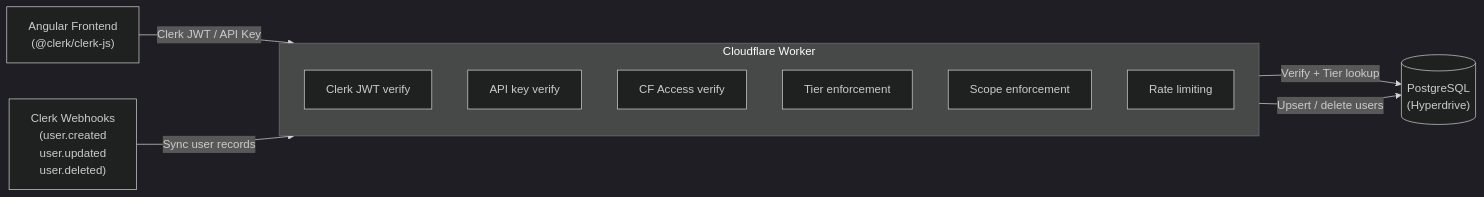
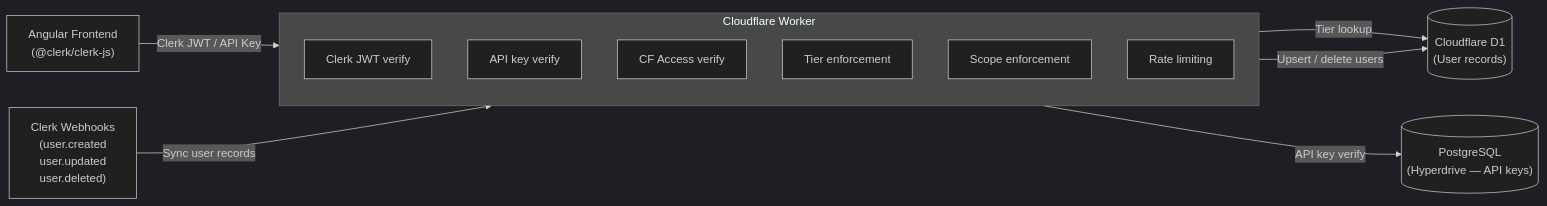
One commit to AdguardTeam/HostlistCompiler changed the diagram in docs/auth/README.md. Above: the diagram before and after it, drawn with Mermaid (dark theme). The commit also changed other lines of this file and 3 other files, not shown here.

First line of the commit message:
docs(auth): update D1 architecture, fix PostgreSQL refs, add deployment guide

````diff
--- a/docs/auth/README.md
+++ b/docs/auth/README.md
@@ -21,22 +21,24 @@
 ```mermaid
 flowchart LR
     FE["Angular Frontend\n(@clerk/clerk-js)"]
     W["Cloudflare Worker\n(Auth Middleware)"]
-    DB[("PostgreSQL\n(Hyperdrive)")]
+    D1[("Cloudflare D1\n(User records)")]
+    PG[("PostgreSQL\n(Hyperdrive — API keys)")]
     WH["Clerk Webhooks\n(user.created\nuser.updated\nuser.deleted)"]
 
     FE -->|"Clerk JWT / API Key"| W
-    W -->|"Verify + Tier lookup"| DB
+    W -->|"Tier lookup"| D1
+    W -->|"API key verify"| PG
     WH -->|"Sync user records"| W
-    W -->|"Upsert / delete users"| DB
+    W -->|"Upsert / delete users"| D1
 
     subgraph W["Cloudflare Worker"]
         direction TB
         JWT["Clerk JWT verify"]
         AK["API key verify"]
         CF["CF Access verify"]
         TE["Tier enforcement"]
         SE["Scope enforcement"]
         RL["Rate limiting"]
     end
 ```
````
